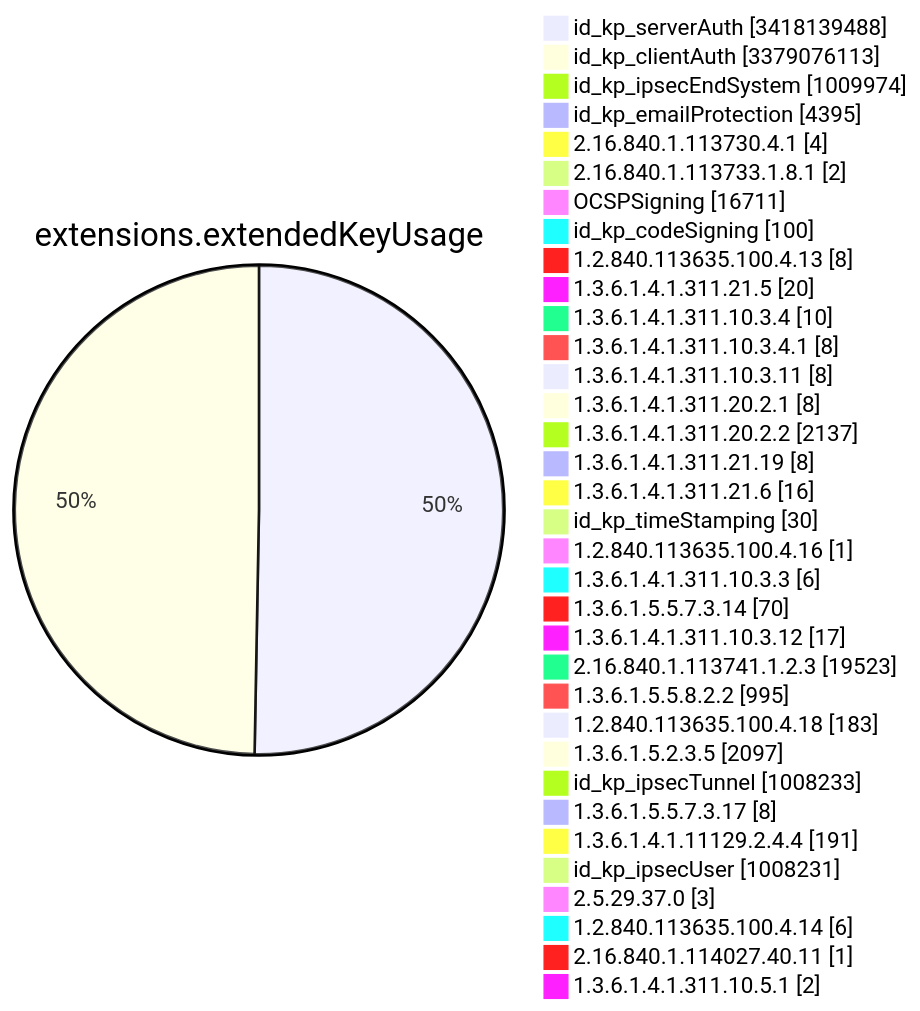
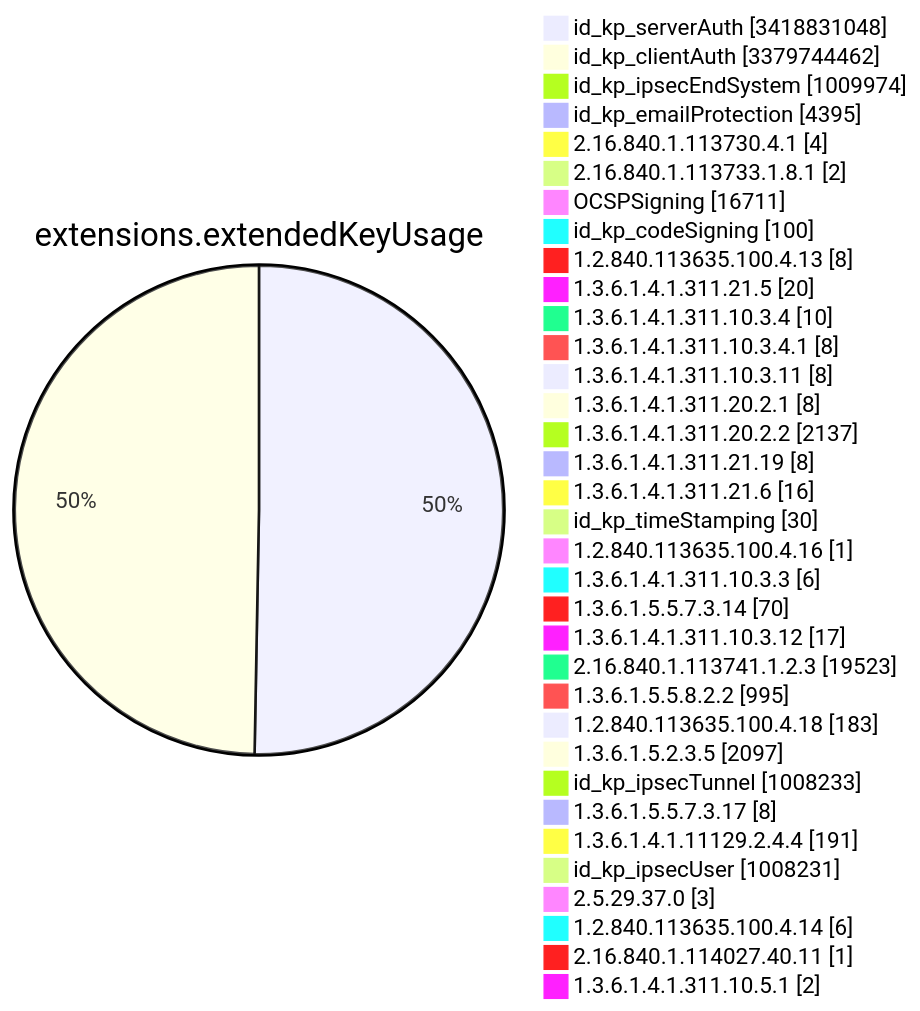
Before and after one commit to christiankrug/ctmonitor_visualization: diagram 11 of 15 in TOTAL/README.md, drawn with Mermaid. The commit also changed other lines of this file, not shown here.

````diff
--- a/TOTAL/README.md
+++ b/TOTAL/README.md
@@ -4121,38 +4121,38 @@
 ```mermaid
 pie showData
 title extensions.extendedKeyUsage
-"id_kp_serverAuth" :3418139488
-"id_kp_clientAuth" :3379076113
+"id_kp_serverAuth" :3418831048
+"id_kp_clientAuth" :3379744462
 "id_kp_ipsecEndSystem" :1009974
 "id_kp_emailProtection" :4395
 "2.16.840.1.113730.4.1" :4
 "2.16.840.1.113733.1.8.1" :2
 "OCSPSigning" :16711
 "id_kp_codeSigning" :100
 "1.2.840.113635.100.4.13" :8
 "1.3.6.1.4.1.311.21.5" :20
 "1.3.6.1.4.1.311.10.3.4" :10
 "1.3.6.1.4.1.311.10.3.4.1" :8
 "1.3.6.1.4.1.311.10.3.11" :8
 "1.3.6.1.4.1.311.20.2.1" :8
 "1.3.6.1.4.1.311.20.2.2" :2137
 "1.3.6.1.4.1.311.21.19" :8
 "1.3.6.1.4.1.311.21.6" :16
 "id_kp_timeStamping" :30
 "1.2.840.113635.100.4.16" :1
 "1.3.6.1.4.1.311.10.3.3" :6
 "1.3.6.1.5.5.7.3.14" :70
 "1.3.6.1.4.1.311.10.3.12" :17
 "2.16.840.1.113741.1.2.3" :19523
 "1.3.6.1.5.5.8.2.2" :995
 "1.2.840.113635.100.4.18" :183
 "1.3.6.1.5.2.3.5" :2097
 "id_kp_ipsecTunnel" :1008233
 "1.3.6.1.5.5.7.3.17" :8
 "1.3.6.1.4.1.11129.2.4.4" :191
 "id_kp_ipsecUser" :1008231
 "2.5.29.37.0" :3
 "1.2.840.113635.100.4.14" :6
 "2.16.840.1.114027.40.11" :1
 "1.3.6.1.4.1.311.10.5.1" :2
 ```
````
